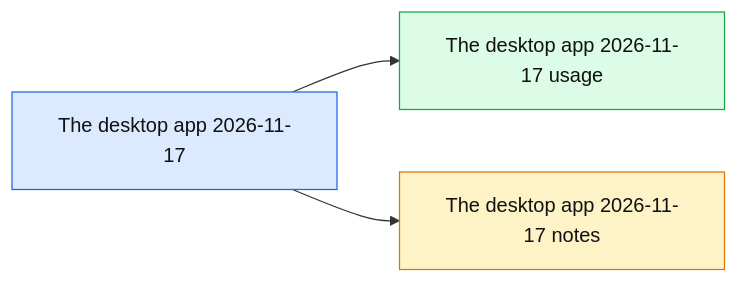
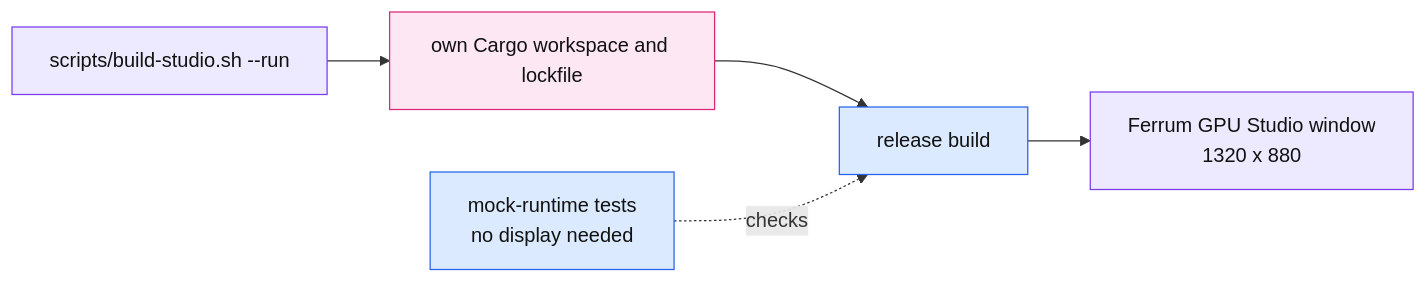
The eighth of 21 diagrams in docs/gui.md (thomascherickal/ferrum-gpu), drawn with Mermaid before and after one commit. The commit also changed other lines of this file and 4 other files, not shown here.

First line of the commit message:
docs: hand-drawn data-flow diagrams for the readme, architecture and GUI pages

````diff
--- a/docs/gui.md
+++ b/docs/gui.md
@@ -65,11 +130,12 @@
 ```mermaid
 flowchart LR
-    a["The desktop app 2026-11-17"]:::root
-    a --> n0["The desktop app 2026-11-17 usage"]:::c0
-    a --> n1["The desktop app 2026-11-17 notes"]:::c1
-    classDef root fill:#dbeafe,stroke:#2563eb,color:#111
-    classDef c0 fill:#dcfce7,stroke:#16a34a,color:#111
-    classDef c1 fill:#fef3c7,stroke:#d97706,color:#111
-    classDef c2 fill:#fce7f3,stroke:#db2777,color:#111
-    classDef c3 fill:#ede9fe,stroke:#7c3aed,color:#111
+    sc["scripts/build-studio.sh --run"]:::host --> ws["own Cargo workspace and lockfile"]:::io
+    ws --> bin["release build"]:::core
+    bin --> st["Ferrum GPU Studio window<br/>1320 x 880"]:::host
+    mm["mock-runtime tests<br/>no display needed"]:::core -. checks .-> bin
+    classDef core fill:#dbeafe,stroke:#2563eb,color:#111
+    classDef gpu fill:#dcfce7,stroke:#16a34a,color:#111
+    classDef cpu fill:#fef3c7,stroke:#d97706,color:#111
+    classDef io fill:#fce7f3,stroke:#db2777,color:#111
+    classDef host fill:#ede9fe,stroke:#7c3aed,color:#111
 ```
````
